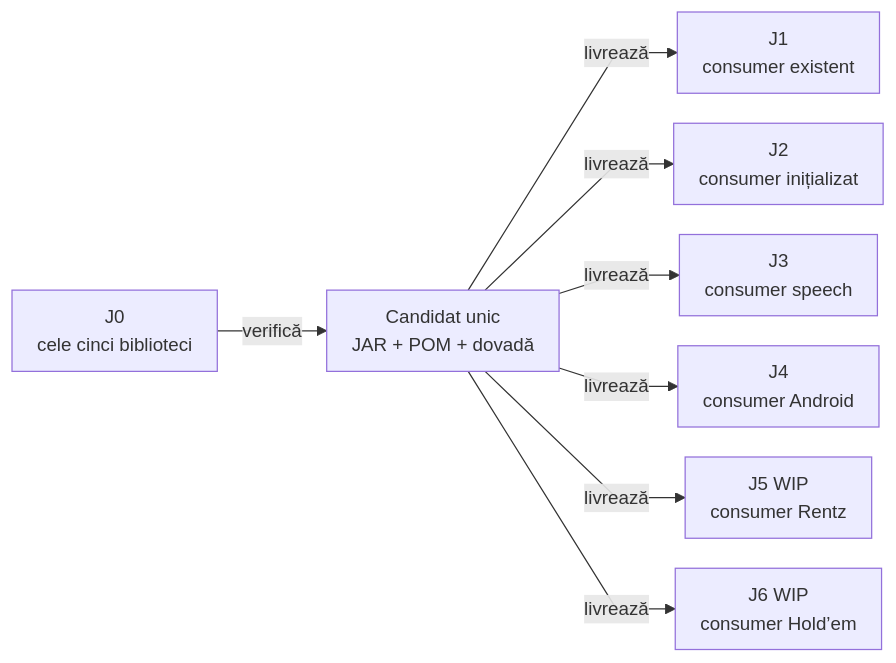
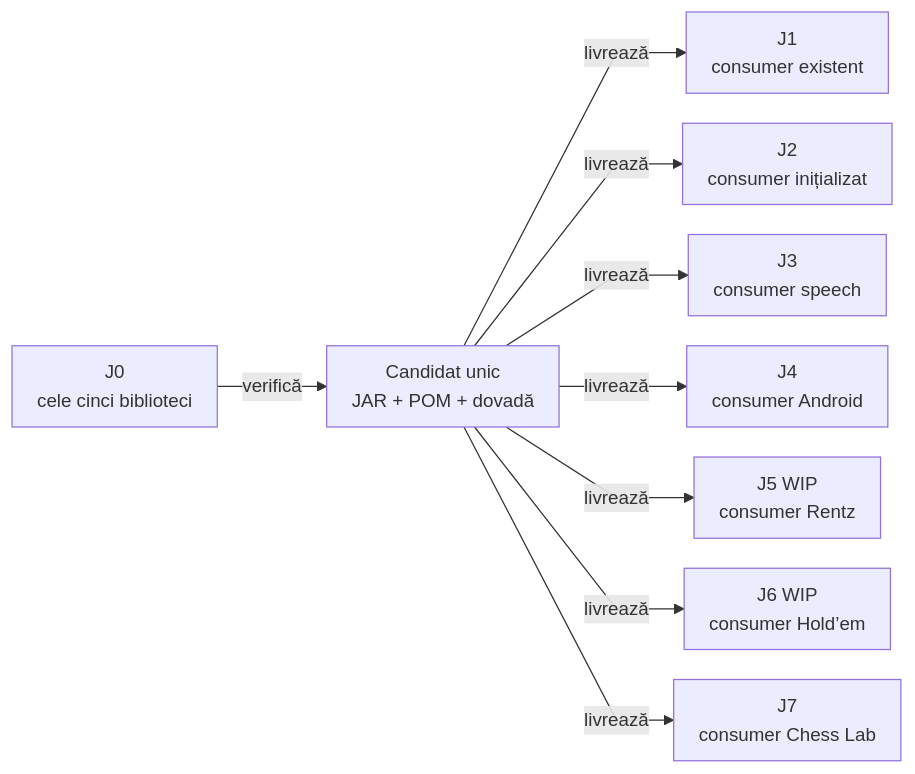
Before and after one commit to crististefanita/atf_j0: the diagram in docs/ATF_Workspace_Synchronization.md, drawn with Mermaid. The commit also changed other lines of this file and 28 other files, not shown here.

````diff
--- a/docs/ATF_Workspace_Synchronization.md
+++ b/docs/ATF_Workspace_Synchronization.md
@@ -27,11 +28,12 @@
 ```mermaid
 %%{init: {"themeVariables":{"fontSize":"15px"},"themeCSS":".nodeLabel, .nodeLabel p { font-size: 15px !important; line-height: 1.35 !important; } .edgeLabel, .edgeLabel p { font-size: 12px !important; font-weight: 400 !important; line-height: 1.2 !important; } .edgeLabel .labelBkg, .edgeLabel p { background: transparent !important; } .edgeLabel foreignObject { transform: translateY(-18px); overflow: visible; } .node rect { rx: 6px; ry: 6px; }","flowchart":{"curve":"linear","nodeSpacing":24,"rankSpacing":40,"padding":10,"diagramPadding":16}}}%%
 flowchart LR
     Source["J0<br/>cele cinci biblioteci"] -->|verifică| Candidate["Candidat unic<br/>JAR + POM + dovadă"]
     Candidate -->|livrează| J1["J1<br/>consumer existent"]
     Candidate -->|livrează| J2["J2<br/>consumer inițializat"]
     Candidate -->|livrează| J3["J3<br/>consumer speech"]
     Candidate -->|livrează| J4["J4<br/>consumer Android"]
     Candidate -->|livrează| J5["J5 WIP<br/>consumer Rentz"]
     Candidate -->|livrează| J6["J6 WIP<br/>consumer Hold’em"]
+    Candidate -->|livrează| J7["J7<br/>consumer Chess Lab"]
 ```
````
